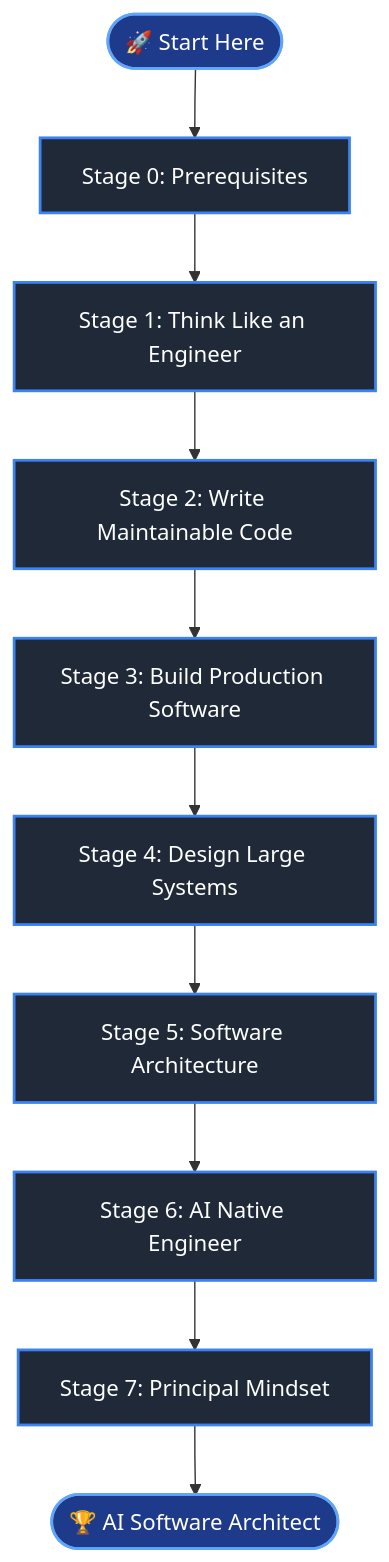
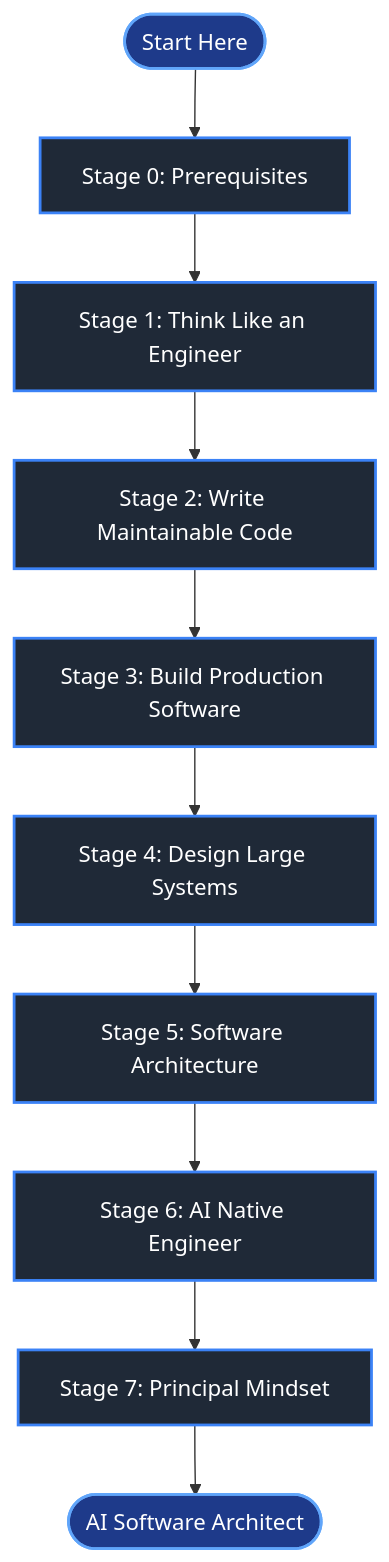
Before and after one commit to Ukt01/ai-software-engineer-roadmap: the first of 4 diagrams in ROADMAP.md, drawn with Mermaid. The commit also changed other lines of this file, not shown here.

Commit message:
style: remove all emojis and icons from ROADMAP.md per repository rule set

````diff
--- a/ROADMAP.md
+++ b/ROADMAP.md
@@ -18,17 +18,17 @@
 ```mermaid
 flowchart TD
-    Start([🚀 Start Here]) --> S0[Stage 0: Prerequisites]
+    Start([Start Here]) --> S0[Stage 0: Prerequisites]
     S0 --> S1[Stage 1: Think Like an Engineer]
     S1 --> S2[Stage 2: Write Maintainable Code]
     S2 --> S3[Stage 3: Build Production Software]
     S3 --> S4[Stage 4: Design Large Systems]
     S4 --> S5[Stage 5: Software Architecture]
     S5 --> S6[Stage 6: AI Native Engineer]
     S6 --> S7[Stage 7: Principal Mindset]
-    S7 --> Goal([🏆 AI Software Architect])
+    S7 --> Goal([AI Software Architect])
 
     classDef stage fill:#1f2937,stroke:#3b82f6,stroke-width:2px,color:#fff;
     classDef startGoal fill:#1e3a8a,stroke:#60a5fa,stroke-width:2px,color:#fff;
     class S0,S1,S2,S3,S4,S5,S6,S7 stage;
     class Start,Goal startGoal;
 ```
````
